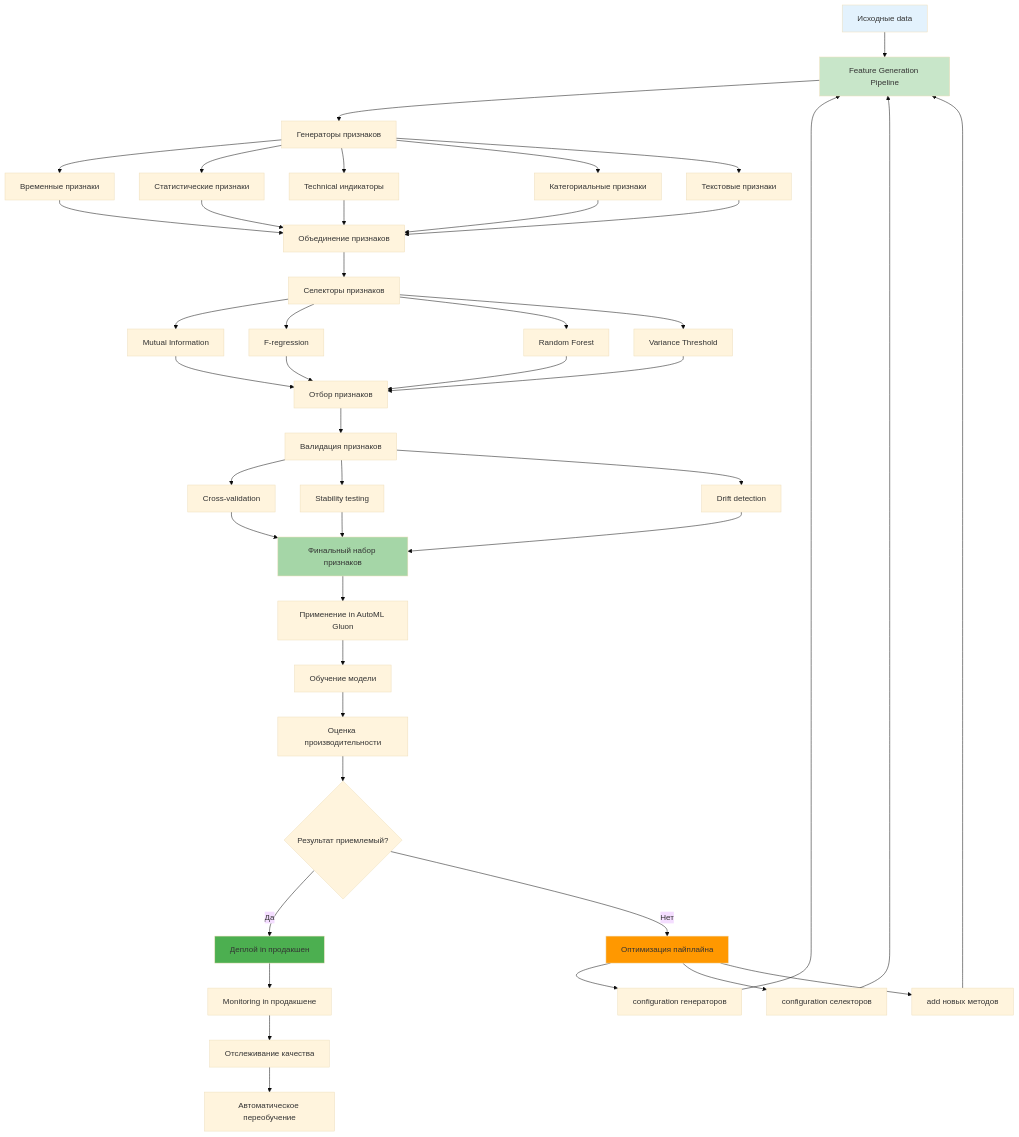
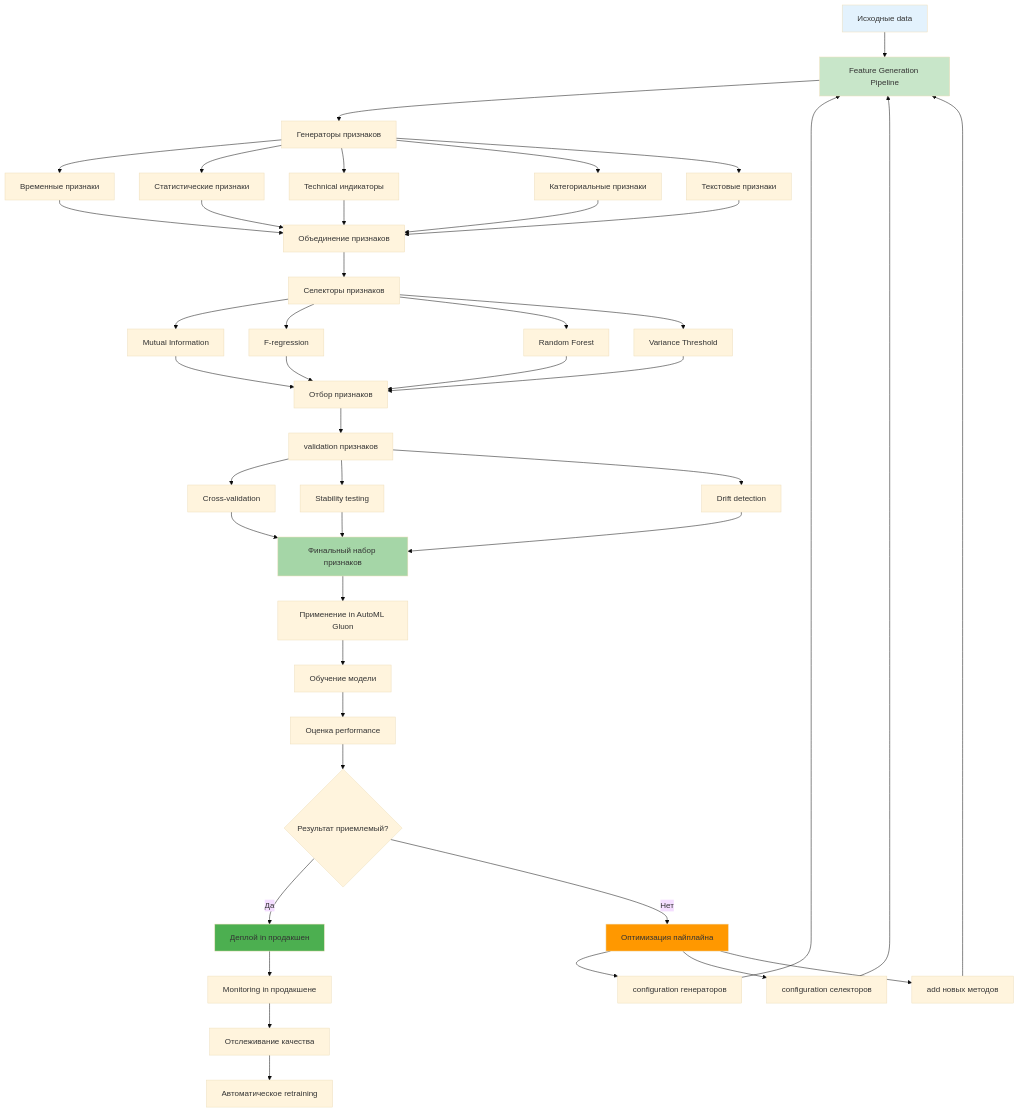
Before and after one commit to NeoZorK/neozork-hld-prediction: the ninth of 9 diagrams in docs/automl/gluon/28_feature_generation_advanced.md, drawn with Mermaid (base theme). The commit also changed other lines of this file and 88 other files, not shown here.

Commit message:
refactor: standardize terminology across documentation and code, replacing Russian terms with English equivalents (validation, performance) for consistency and clarity

````diff
--- a/docs/automl/gluon/28_feature_generation_advanced.md
+++ b/docs/automl/gluon/28_feature_generation_advanced.md
@@ -2054,63 +2054,63 @@
 ```mermaid
 graph TD
 A[Исходные data] --> B[Feature Generation Pipeline]
 
 B --> C[Генераторы признаков]
 C --> D[Временные признаки]
 C --> E[Статистические признаки]
 C --> F[Technical индикаторы]
 C --> G[Категориальные признаки]
 C --> H[Текстовые признаки]
 
 D --> I[Объединение признаков]
  E --> I
  F --> I
  G --> I
  H --> I
 
 I --> J[Селекторы признаков]
  J --> K[Mutual Information]
  J --> L[F-regression]
  J --> M[Random Forest]
  J --> N[Variance Threshold]
 
 K --> O[Отбор признаков]
  L --> O
  M --> O
  N --> O
 
-O --> P[Валидация признаков]
+O --> P[validation признаков]
  P --> Q[Cross-validation]
  P --> R[Stability testing]
  P --> S[Drift detection]
 
 Q --> T[Финальный набор признаков]
  R --> T
  S --> T
 
 T --> U[Применение in AutoML Gluon]
 U --> V[Обучение модели]
-V --> W[Оценка производительности]
+V --> W[Оценка performance]
 
 W --> X{Результат приемлемый?}
 X -->|Да| Y[Деплой in продакшен]
 X -->|Нет| Z[Оптимизация пайплайна]
 
 Z --> AA[configuration генераторов]
 Z --> BB[configuration селекторов]
 Z --> CC[add новых методов]
 
  AA --> B
  BB --> B
  CC --> B
 
 Y --> DD[Monitoring in продакшене]
 DD --> EE[Отслеживание качества]
-EE --> FF[Автоматическое переобучение]
+EE --> FF[Автоматическое retraining]
 
  style A fill:#e3f2fd
  style B fill:#c8e6c9
  style T fill:#a5d6a7
  style Y fill:#4caf50
  style Z fill:#ff9800
 ```
````
